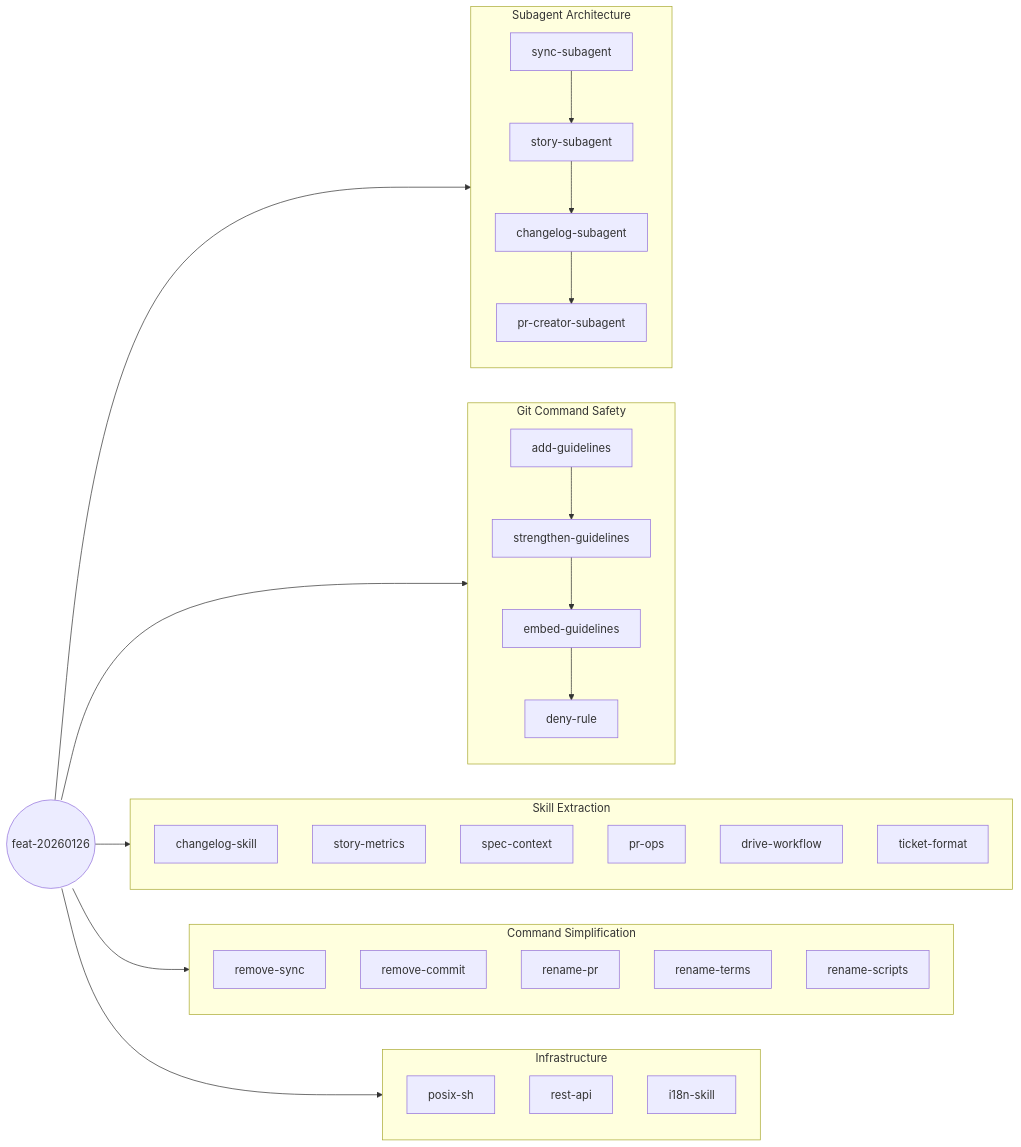
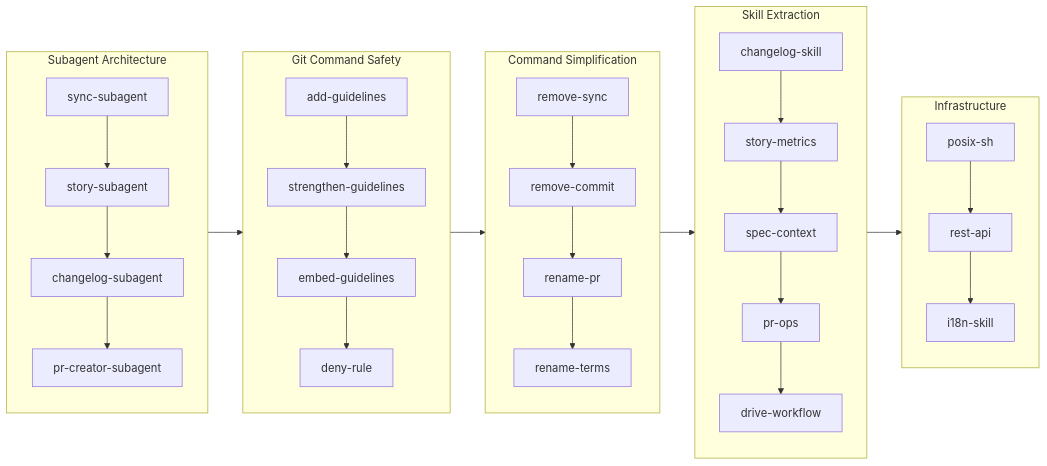
The diagram in .workaholic/stories/feat-20260126-214833.md (qmu/workaholic), drawn with Mermaid before and after one commit.

Commit message:
Fix flowchart: timeline-connected subgraphs

````diff
--- a/.workaholic/stories/feat-20260126-214833.md
+++ b/.workaholic/stories/feat-20260126-214833.md
@@ -15,29 +15,24 @@
 ```mermaid
 flowchart LR
-  root((feat-20260126))
-  root --> Subagents
-  root --> GitSafety
-  root --> Skills
-  root --> Commands
-  root --> Infra
-
   subgraph Subagents[Subagent Architecture]
     sync-subagent --> story-subagent --> changelog-subagent --> pr-creator-subagent
   end
 
   subgraph GitSafety[Git Command Safety]
     add-guidelines --> strengthen-guidelines --> embed-guidelines --> deny-rule
   end
 
-  subgraph Skills[Skill Extraction]
-    changelog-skill & story-metrics & spec-context & pr-ops & drive-workflow & ticket-format
+  subgraph Commands[Command Simplification]
+    remove-sync --> remove-commit --> rename-pr --> rename-terms
   end
 
-  subgraph Commands[Command Simplification]
-    remove-sync & remove-commit & rename-pr & rename-terms & rename-scripts
+  subgraph Skills[Skill Extraction]
+    changelog-skill --> story-metrics --> spec-context --> pr-ops --> drive-workflow
   end
 
   subgraph Infra[Infrastructure]
-    posix-sh & rest-api & i18n-skill
+    posix-sh --> rest-api --> i18n-skill
   end
+
+  Subagents --> GitSafety --> Commands --> Skills --> Infra
 ```
````
